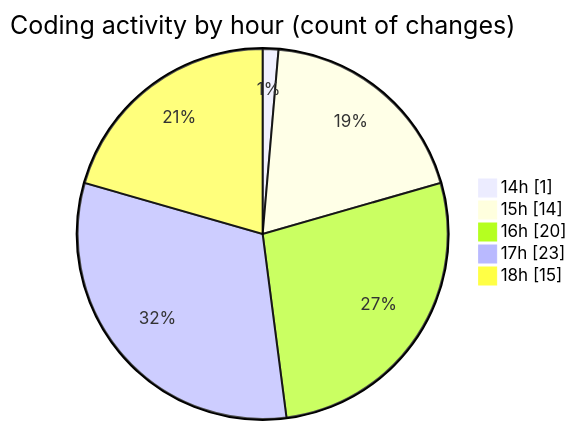
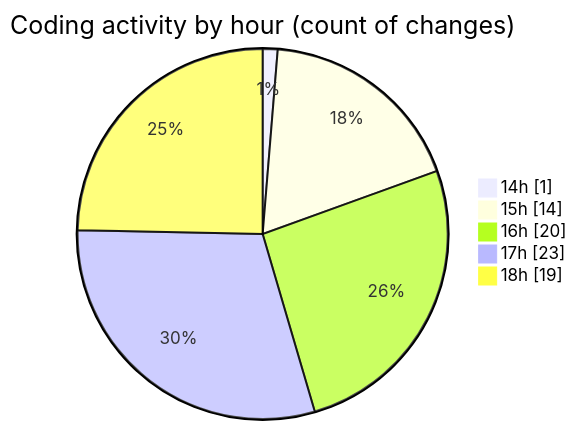
One commit to nxtqubesakshisongat/code-tracking changed the second of 2 diagrams in 2025-05-12/argos-dev/README.md. Above: the diagram before and after it, drawn with Mermaid. The commit also changed other lines of this file and 1 other file, not shown here.

````diff
--- a/2025-05-12/argos-dev/README.md
+++ b/2025-05-12/argos-dev/README.md
@@ -34,9 +34,9 @@
 ```mermaid
 pie showData
 title Coding activity by hour (count of changes)
 "14h" : 1
 "15h" : 14
 "16h" : 20
 "17h" : 23
-"18h" : 15
+"18h" : 19
 ```
````
